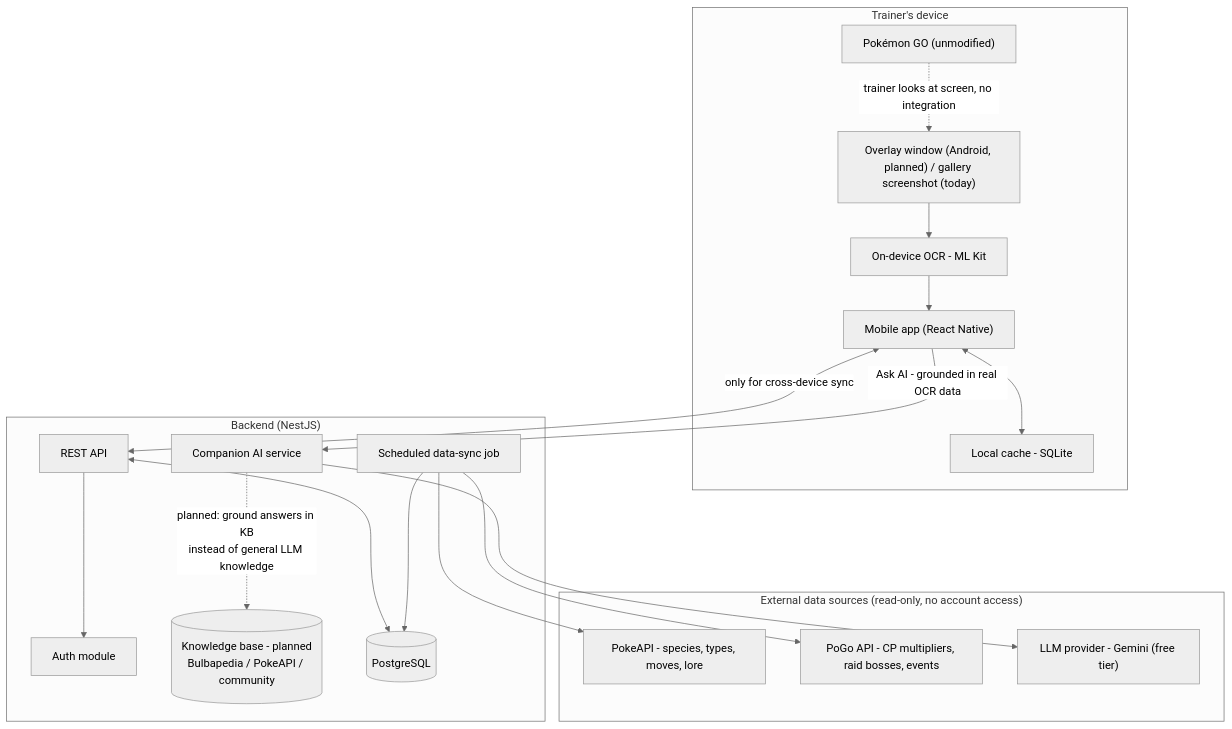
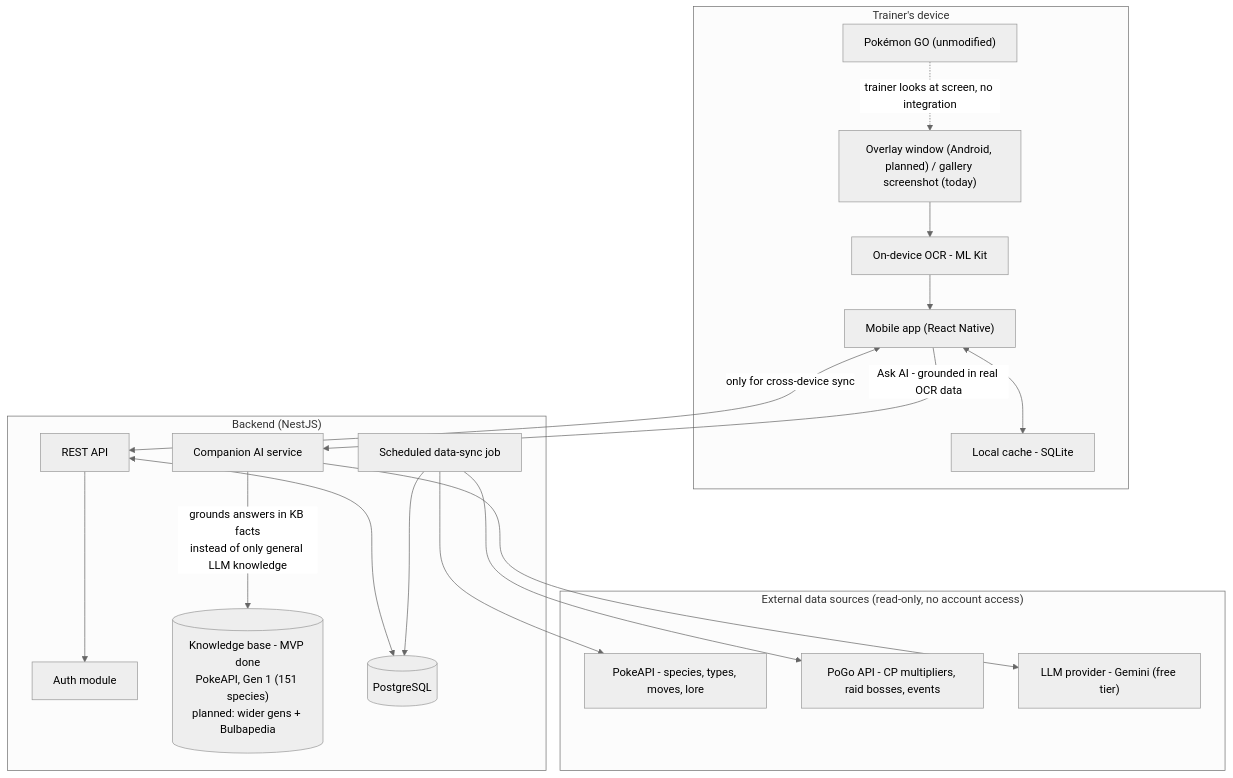
The diagram in docs/architecture.md (leodah20/pokemon-trainer-companion), drawn with Mermaid (neutral theme) before and after one commit. The commit also changed other lines of this file and 12 other files, not shown here.

````diff
--- a/docs/architecture.md
+++ b/docs/architecture.md
@@ -10,39 +10,39 @@
 ```mermaid
 flowchart TB
     subgraph Device["Trainer's device"]
         PogoApp["Pokémon GO (unmodified)"]
         Overlay["Overlay window (Android, planned) / gallery screenshot (today)"]
         OCR["On-device OCR - ML Kit"]
         LocalDB["Local cache - SQLite"]
         MobileApp["Mobile app (React Native)"]
     end
 
     subgraph Cloud["Backend (NestJS)"]
         API["REST API"]
         Auth["Auth module"]
         SyncJob["Scheduled data-sync job"]
         Companion["Companion AI service"]
-        KB[("Knowledge base - planned\nBulbapedia / PokeAPI / community")]
+        KB[("Knowledge base - MVP done\nPokeAPI, Gen 1 (151 species)\nplanned: wider gens + Bulbapedia")]
         Postgres[("PostgreSQL")]
     end
 
     subgraph External["External data sources (read-only, no account access)"]
         PokeAPI["PokeAPI - species, types, moves, lore"]
         PoGoAPI["PoGo API - CP multipliers, raid bosses, events"]
         LLM["LLM provider - Gemini (free tier)"]
     end
 
     PogoApp -. "trainer looks at screen, no integration" .-> Overlay
     Overlay --> OCR
     OCR --> MobileApp
     MobileApp <--> LocalDB
     MobileApp <-- "only for cross-device sync" --> API
     MobileApp -- "Ask AI - grounded in real OCR data" --> Companion
     Companion --> LLM
-    Companion -. "planned: ground answers in KB\ninstead of general LLM knowledge" .-> KB
+    Companion -- "grounds answers in KB facts\ninstead of only general LLM knowledge" --> KB
     API --> Auth
     API <--> Postgres
     SyncJob --> PokeAPI
     SyncJob --> PoGoAPI
     SyncJob --> Postgres
 ```
````
